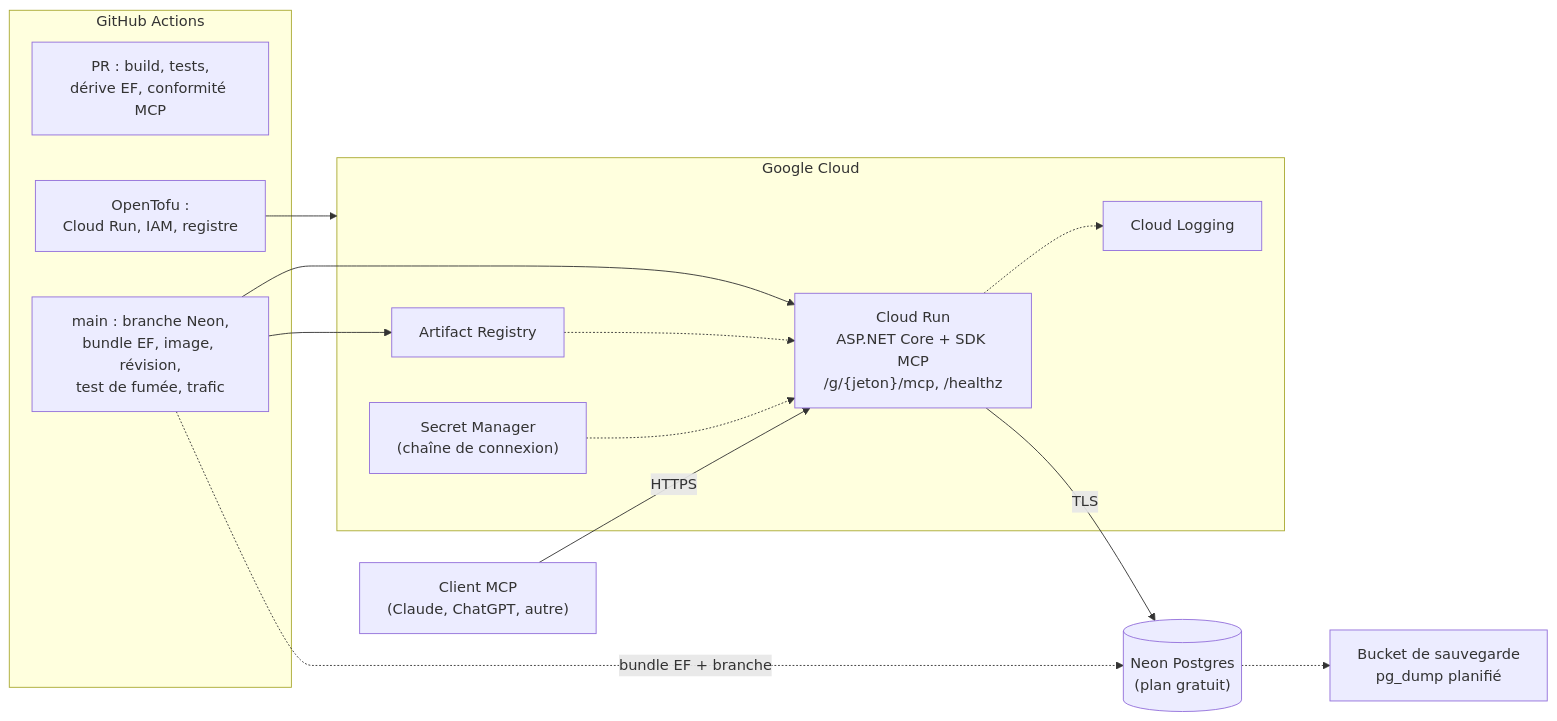
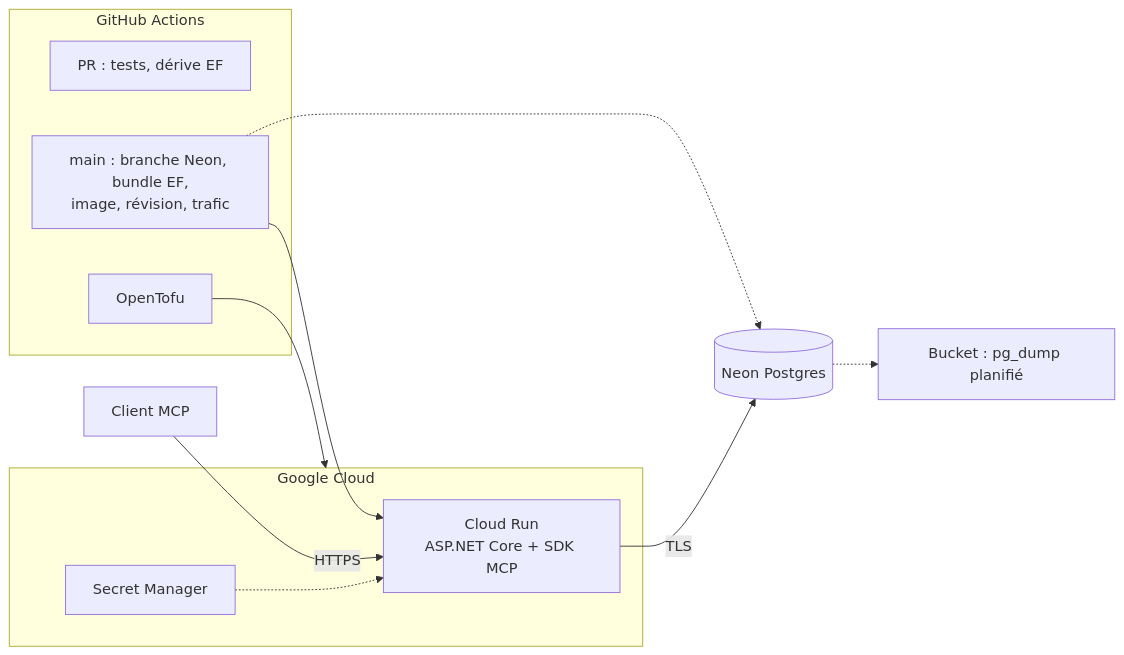
Before and after one commit to petits-chapeaux/corvees: the diagram in docs/adr/0001-stack-backend-mcp.md, drawn with Mermaid. The commit also changed other lines of this file, not shown here.

````diff
--- a/docs/adr/0001-stack-backend-mcp.md
+++ b/docs/adr/0001-stack-backend-mcp.md
@@ -134,28 +45,19 @@
 ```mermaid
 flowchart LR
-  client["Client MCP<br/>(Claude, ChatGPT, autre)"]
+  client["Client MCP"] -- HTTPS --> run
   subgraph gh["GitHub Actions"]
-    pr["PR : build, tests,<br/>dérive EF, conformité MCP"]
-    cd["main : branche Neon,<br/>bundle EF, image, révision,<br/>test de fumée, trafic"]
-    tofu["OpenTofu :<br/>Cloud Run, IAM, registre"]
+    ci["PR : tests, dérive EF"]
+    cd["main : branche Neon, bundle EF,<br/>image, révision, trafic"]
+    tofu["OpenTofu"]
   end
   subgraph gcp["Google Cloud"]
-    run["Cloud Run<br/>ASP.NET Core + SDK MCP<br/>/g/{jeton}/mcp, /healthz"]
-    sm["Secret Manager<br/>(chaîne de connexion)"]
-    ar["Artifact Registry"]
-    log["Cloud Logging"]
+    run["Cloud Run<br/>ASP.NET Core + SDK MCP"]
+    sm["Secret Manager"]
   end
-  neon[("Neon Postgres<br/>(plan gratuit)")]
-  bkp["Bucket de sauvegarde<br/>pg_dump planifié"]
-
-  client -- HTTPS --> run
-  run -- TLS --> neon
+  run -- TLS --> neon[("Neon Postgres")]
   sm -.-> run
-  ar -.-> run
-  run -.-> log
-  cd --> ar
   cd --> run
-  cd -. "bundle EF + branche" .-> neon
+  cd -.-> neon
   tofu --> gcp
-  neon -.-> bkp
+  neon -.-> bkp["Bucket : pg_dump planifié"]
 ```
````
